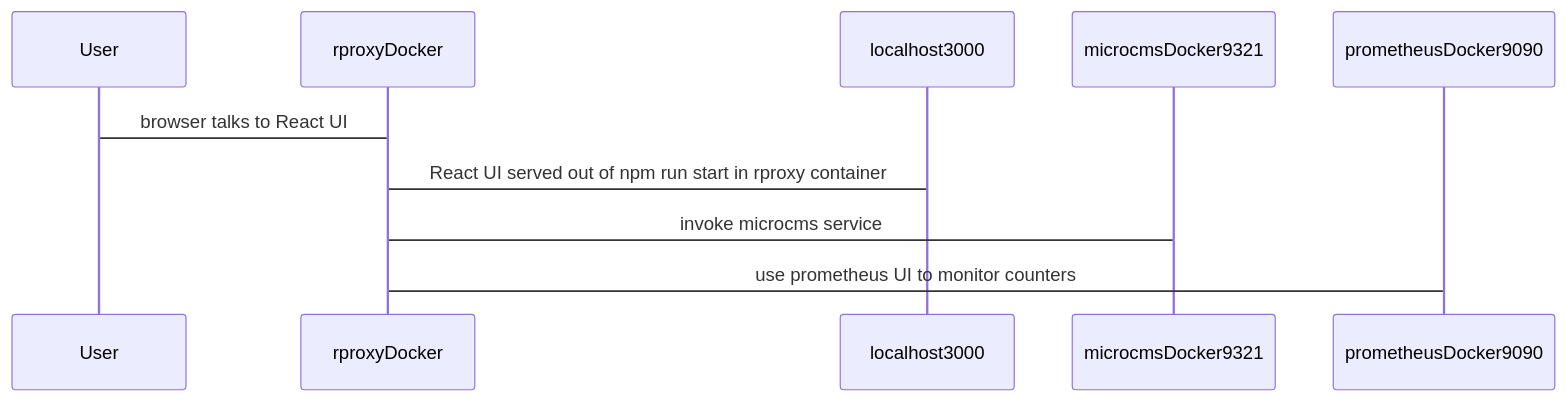
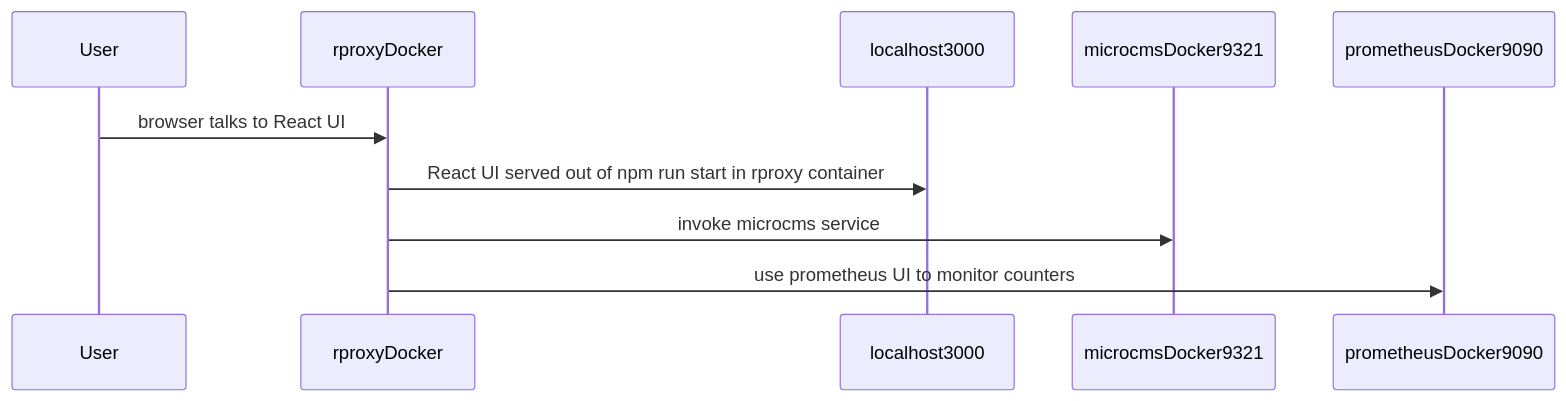
Before and after one commit to rfielding/microcms: the first of 2 diagrams in README.md, drawn with Mermaid. The commit also changed other lines of this file, not shown here.

Commit message:
document architecture

````diff
--- a/README.md
+++ b/README.md
@@ -51,7 +51,7 @@
 ```mermaid
 sequenceDiagram
-  User->rproxyDocker: browser talks to React UI
-  rproxyDocker->localhost3000: React UI served out of npm run start in rproxy container
-  rproxyDocker->microcmsDocker9321: invoke microcms service
-  rproxyDocker->prometheusDocker9090: use prometheus UI to monitor counters
+  User->>rproxyDocker: browser talks to React UI
+  rproxyDocker->>localhost3000: React UI served out of npm run start in rproxy container
+  rproxyDocker->>microcmsDocker9321: invoke microcms service
+  rproxyDocker->>prometheusDocker9090: use prometheus UI to monitor counters
 ```
````
